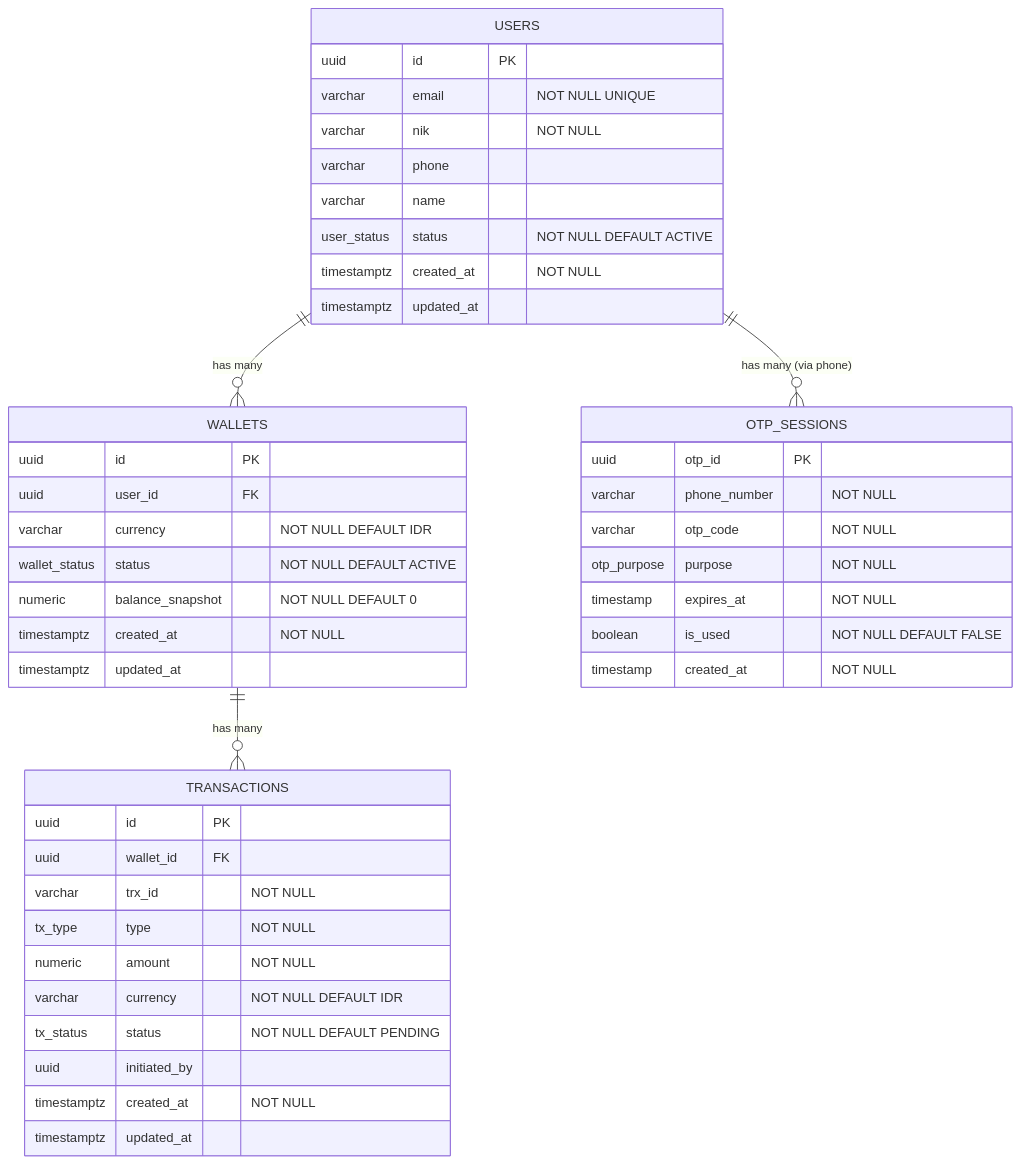
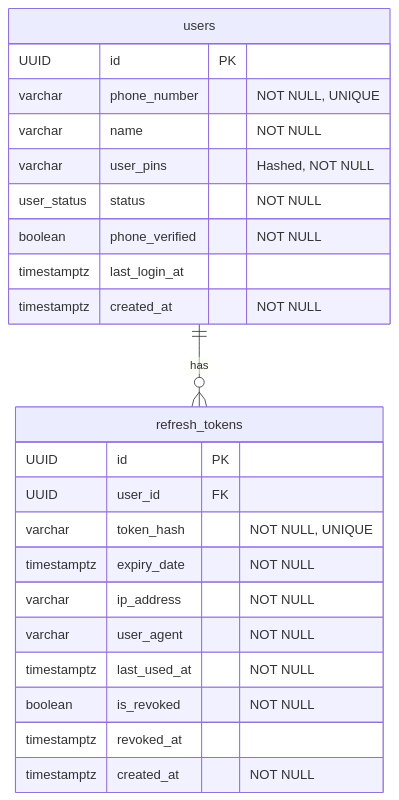
The diagram in readme.md (group-2-odp-bni/be-capstone-project), drawn with Mermaid before and after one commit. The commit also changed other lines of this file and 20 other files, not shown here.

````diff
--- a/readme.md
+++ b/readme.md
@@ -264,51 +129,28 @@
 ```mermaid
 erDiagram
-    USERS {
-        uuid id PK
-        varchar email "NOT NULL UNIQUE"
-        varchar nik "NOT NULL"
-        varchar phone
-        varchar name
-        user_status status "NOT NULL DEFAULT ACTIVE"
+    users {
+        UUID id PK
+        varchar phone_number "NOT NULL, UNIQUE"
+        varchar name "NOT NULL"
+        varchar user_pins "Hashed, NOT NULL"
+        user_status status "NOT NULL"
+        boolean phone_verified "NOT NULL"
+        timestamptz last_login_at
         timestamptz created_at "NOT NULL"
-        timestamptz updated_at
     }
 
-    WALLETS {
-        uuid id PK
-        uuid user_id FK
-        varchar currency "NOT NULL DEFAULT IDR"
-        wallet_status status "NOT NULL DEFAULT ACTIVE"
-        numeric balance_snapshot "NOT NULL DEFAULT 0"
+    refresh_tokens {
+        UUID id PK
+        UUID user_id FK
+        varchar token_hash "NOT NULL, UNIQUE"
+        timestamptz expiry_date "NOT NULL"
+        varchar ip_address "NOT NULL"
+        varchar user_agent "NOT NULL"
+        timestamptz last_used_at "NOT NULL"
+        boolean is_revoked "NOT NULL"
+        timestamptz revoked_at
         timestamptz created_at "NOT NULL"
-        timestamptz updated_at
     }
 
-    TRANSACTIONS {
-        uuid id PK
-        uuid wallet_id FK
-        varchar trx_id "NOT NULL"
-        tx_type type "NOT NULL"
-        numeric amount "NOT NULL"
-        varchar currency "NOT NULL DEFAULT IDR"
-        tx_status status "NOT NULL DEFAULT PENDING"
-        uuid initiated_by
-        timestamptz created_at "NOT NULL"
-        timestamptz updated_at
-    }
-
-    OTP_SESSIONS {
-        uuid otp_id PK
-        varchar phone_number "NOT NULL"
-        varchar otp_code "NOT NULL"
-        otp_purpose purpose "NOT NULL"
-        timestamp expires_at "NOT NULL"
-        boolean is_used "NOT NULL DEFAULT FALSE"
-        timestamp created_at "NOT NULL"
-    }
-
-    USERS ||--o{ WALLETS : "has many"
-    WALLETS ||--o{ TRANSACTIONS : "has many"
-    USERS ||--o{ OTP_SESSIONS : "has many (via phone)"
-
+    users ||--o{ refresh_tokens : "has"
 ```
````
